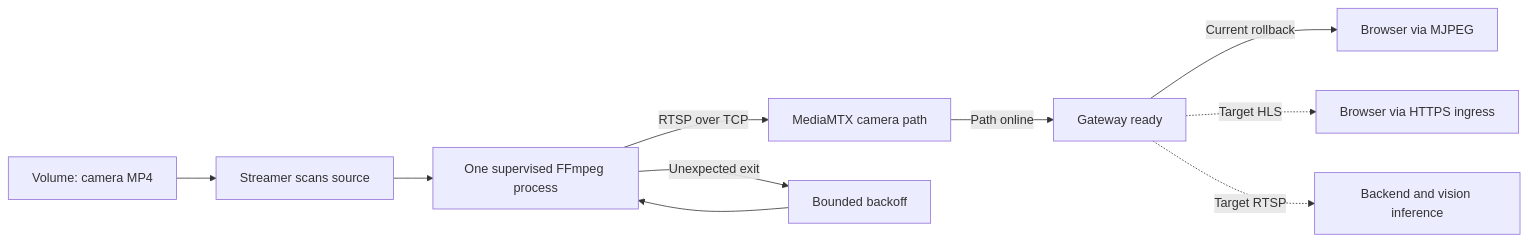
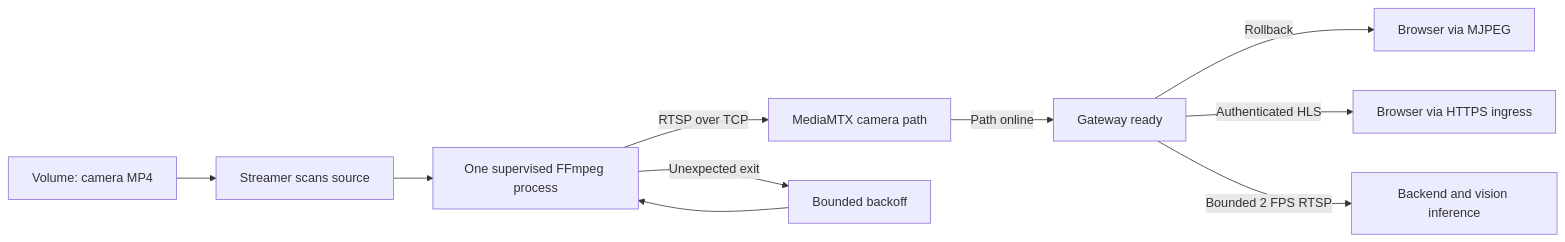
Before and after one commit to NguyenNhat4/Sentiel-safety-intelligent: the third of 4 diagrams in ARCHITECTURE.md, drawn with Mermaid. The commit also changed other lines of this file and 48 other files, not shown here.

````diff
--- a/ARCHITECTURE.md
+++ b/ARCHITECTURE.md
@@ -100,12 +100,12 @@
 ```mermaid
 flowchart LR
     video["Volume: camera MP4"] --> scan[Streamer scans source]
     scan --> supervisor[One supervised FFmpeg process]
     supervisor -->|RTSP over TCP| mediaPath[MediaMTX camera path]
     mediaPath -->|Path online| ready[Gateway ready]
-    ready -->|Current rollback| mjpeg[Browser via MJPEG]
-    ready -.->|Target HLS| hls[Browser via HTTPS ingress]
-    ready -.->|Target RTSP| inference[Backend and vision inference]
+    ready -->|Rollback| mjpeg[Browser via MJPEG]
+    ready -->|Authenticated HLS| hls[Browser via HTTPS ingress]
+    ready -->|Bounded 2 FPS RTSP| inference[Backend and vision inference]
     supervisor -->|Unexpected exit| backoff[Bounded backoff]
     backoff --> supervisor
 ```
````
